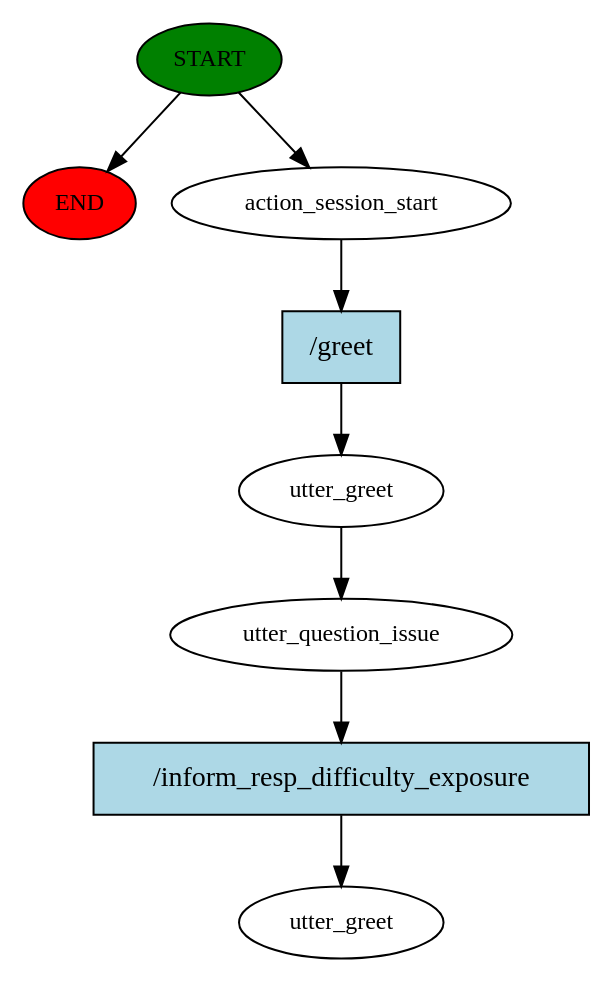
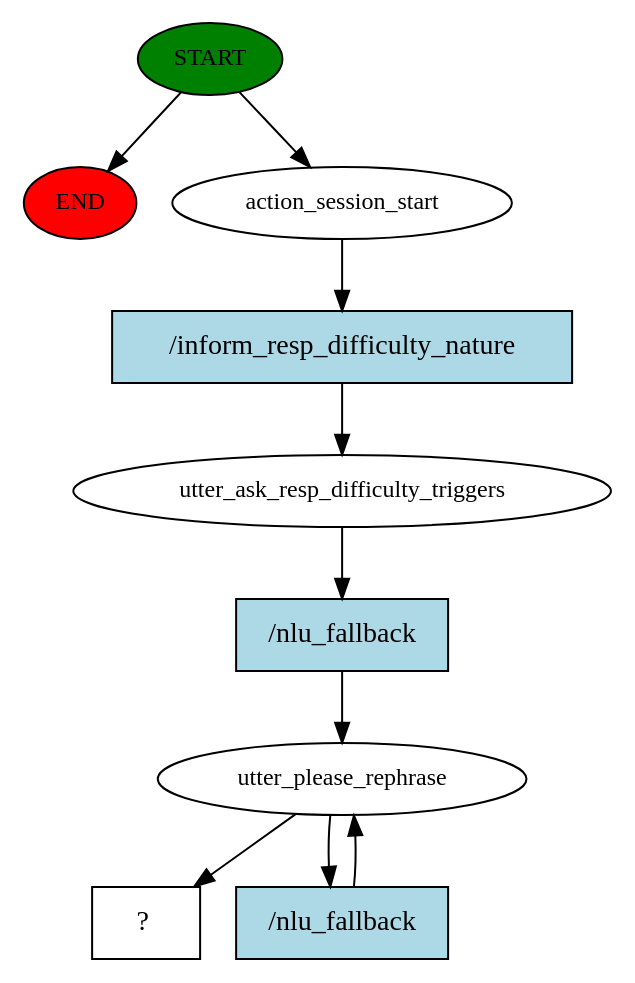
Before and after one commit to halixness/HMD-Dispatcher: the diagram in story_graph.dot, drawn with Graphviz. The commit also changed 5 other files, not shown here.

```diff
--- a/story_graph.dot
+++ b/story_graph.dot
@@ -1,17 +1,20 @@
 digraph  {
 0 [class="start active", fillcolor=green, fontsize=12, label=START, style=filled];
 "-1" [class=end, fillcolor=red, fontsize=12, label=END, style=filled];
 1 [class=active, fontsize=12, label=action_session_start];
-2 [class=active, fontsize=12, label=utter_greet];
-3 [class=active, fontsize=12, label=utter_question_issue];
-4 [class="dashed active", fontsize=12, label=utter_greet];
-5 [class="intent active", fillcolor=lightblue, label="/greet", shape=rect, style=filled];
-6 [class="intent active", fillcolor=lightblue, label="/inform_resp_difficulty_exposure", shape=rect, style=filled];
+2 [class=active, fontsize=12, label=utter_ask_resp_difficulty_triggers];
+3 [class=active, fontsize=12, label=utter_please_rephrase];
+5 [class="intent dashed active", label="  ?  ", shape=rect];
+6 [class="intent active", fillcolor=lightblue, label="/inform_resp_difficulty_nature", shape=rect, style=filled];
+7 [class="intent active", fillcolor=lightblue, label="/nlu_fallback", shape=rect, style=filled];
+8 [class="intent active", fillcolor=lightblue, label="/nlu_fallback", shape=rect, style=filled];
 0 -> "-1"  [class="", key=NONE, label=""];
 0 -> 1  [class=active, key=NONE, label=""];
-1 -> 5  [class=active, key=0];
-2 -> 3  [class=active, key=NONE, label=""];
-3 -> 6  [class=active, key=0];
-5 -> 2  [class=active, key=0];
-6 -> 4  [class=active, key=0];
+1 -> 6  [class=active, key=0];
+2 -> 7  [class=active, key=0];
+3 -> 5  [class=active, key=NONE, label=""];
+3 -> 8  [class=active, key=0];
+6 -> 2  [class=active, key=0];
+7 -> 3  [class=active, key=0];
+8 -> 3  [class=active, key=0];
 }
```
